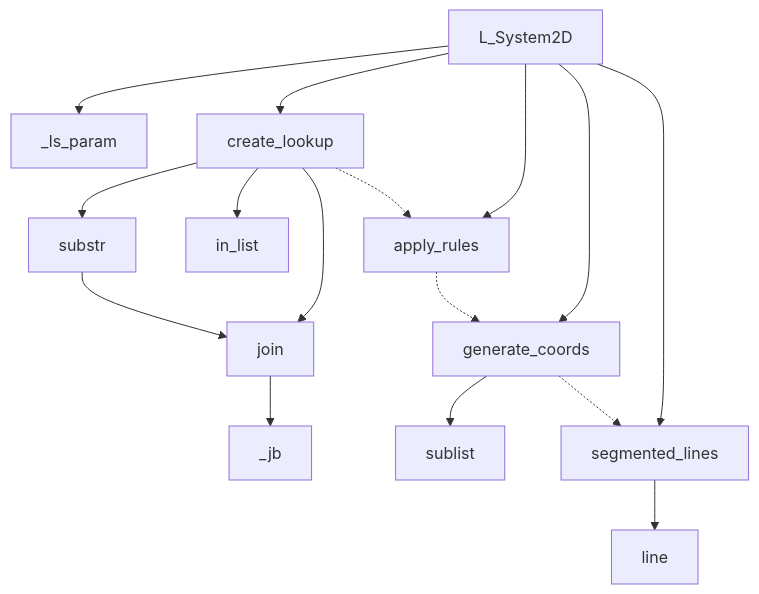
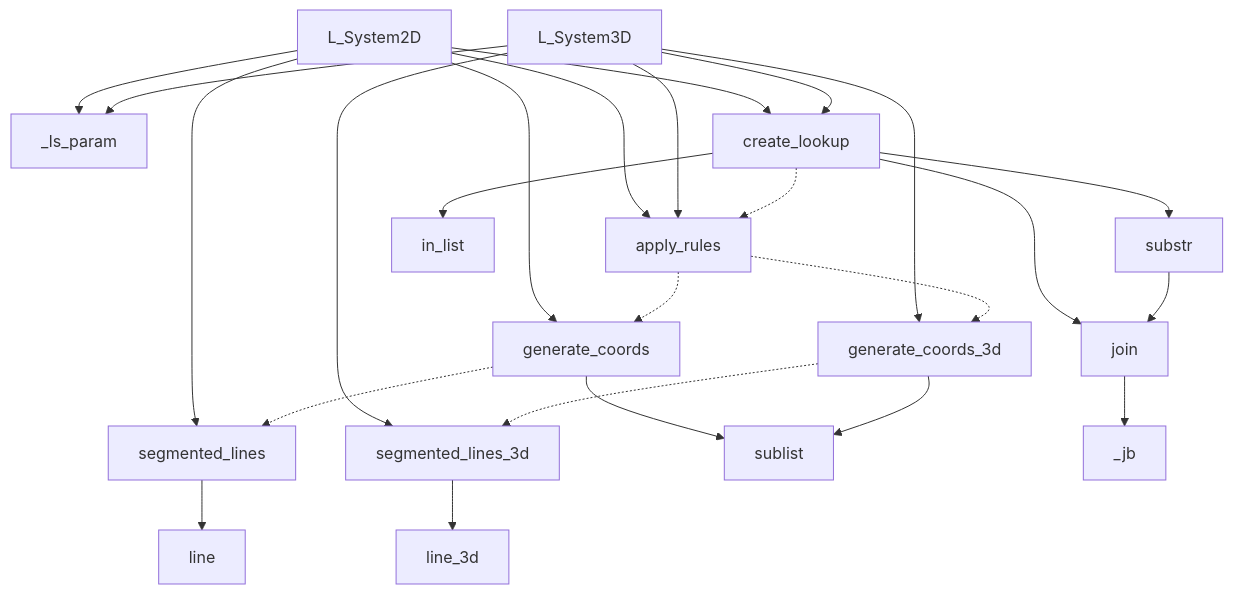
Before and after one commit to CameronBrooks11/L-System-SCAD: the diagram in README.md, drawn with Mermaid. The commit also changed other lines of this file, not shown here.

````diff
--- a/README.md
+++ b/README.md
@@ -83,23 +101,33 @@
 ```mermaid
 graph TD
   L_System2D --> _ls_param
   L_System2D --> create_lookup
   L_System2D --> apply_rules
   L_System2D --> generate_coords
   L_System2D --> segmented_lines
 
+  L_System3D --> _ls_param
+  L_System3D --> create_lookup
+  L_System3D --> apply_rules
+  L_System3D --> generate_coords_3d
+  L_System3D --> segmented_lines_3d
+
   create_lookup --> substr
   create_lookup --> in_list
   create_lookup --> join
 
   substr --> join
   generate_coords --> sublist
+  generate_coords_3d --> sublist
 
   segmented_lines --> line
+  segmented_lines_3d --> line_3d
 
   join --> _jb
 
   create_lookup -.-> apply_rules
   apply_rules -.-> generate_coords
+  apply_rules -.-> generate_coords_3d
   generate_coords -.-> segmented_lines
+  generate_coords_3d -.-> segmented_lines_3d
 ```
````
